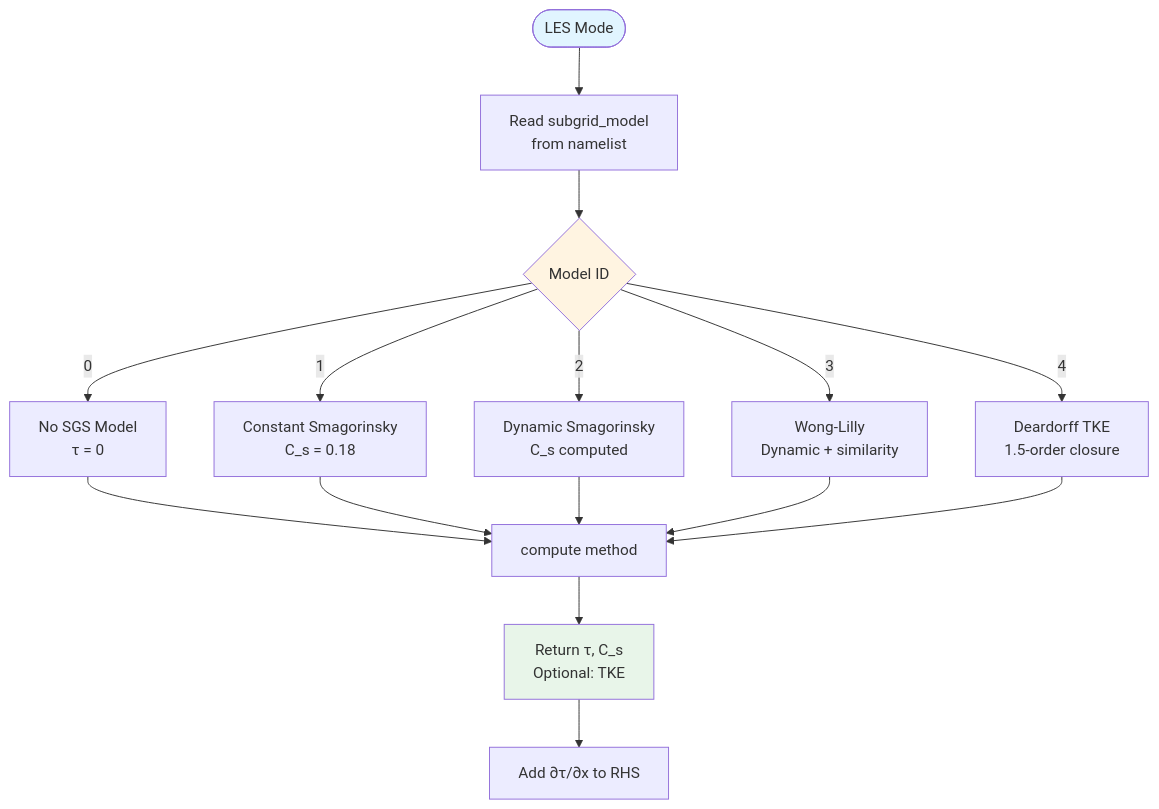
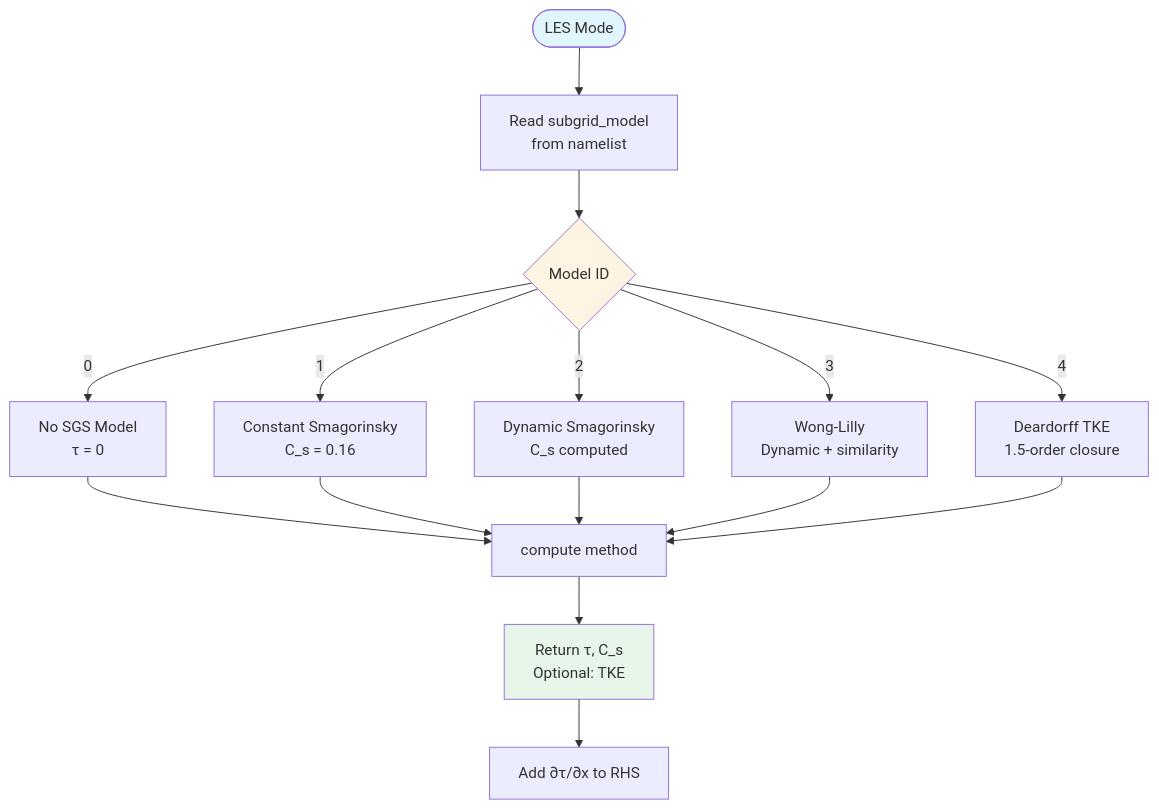
Before and after one commit to jeremygibbs/pyburgers: the seventh of 7 diagrams in docs/architecture.md, drawn with Mermaid. The commit also changed other lines of this file, not shown here.

Commit message:
Fix stale Smagorinsky constant, method names, and wisdom diagram in architecture docs

````diff
--- a/docs/architecture.md
+++ b/docs/architecture.md
@@ -315,24 +294,24 @@
 ```mermaid
 flowchart TD
     Start([LES Mode]) --> ReadConfig[Read subgrid_model<br/>from namelist]
     ReadConfig --> Factory{Model ID}
 
     Factory -->|0| NoModel[No SGS Model<br/>τ = 0]
-    Factory -->|1| SmagC[Constant Smagorinsky<br/>C_s = 0.18]
+    Factory -->|1| SmagC[Constant Smagorinsky<br/>C_s = 0.16]
     Factory -->|2| SmagD[Dynamic Smagorinsky<br/>C_s computed]
     Factory -->|3| WongL[Wong-Lilly<br/>Dynamic + similarity]
     Factory -->|4| Dear[Deardorff TKE<br/>1.5-order closure]
 
     NoModel --> Compute[compute method]
     SmagC --> Compute
     SmagD --> Compute
     WongL --> Compute
     Dear --> Compute
 
     Compute --> Return[Return τ, C_s<br/>Optional: TKE]
     Return --> RHS[Add ∂τ/∂x to RHS]
 
     style Start fill:#e1f5ff
     style Factory fill:#fff4e1
     style Return fill:#e8f5e9
 ```
````
